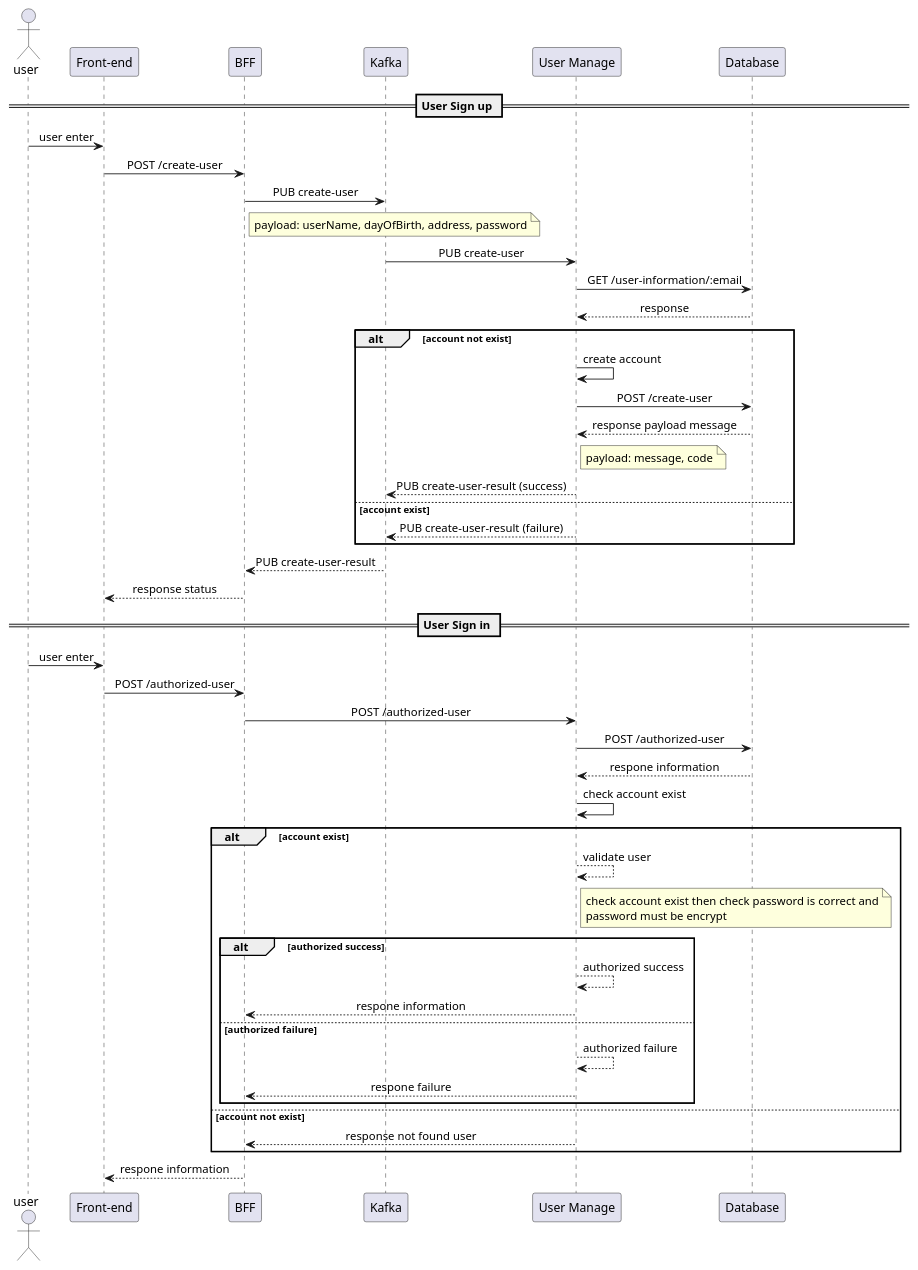
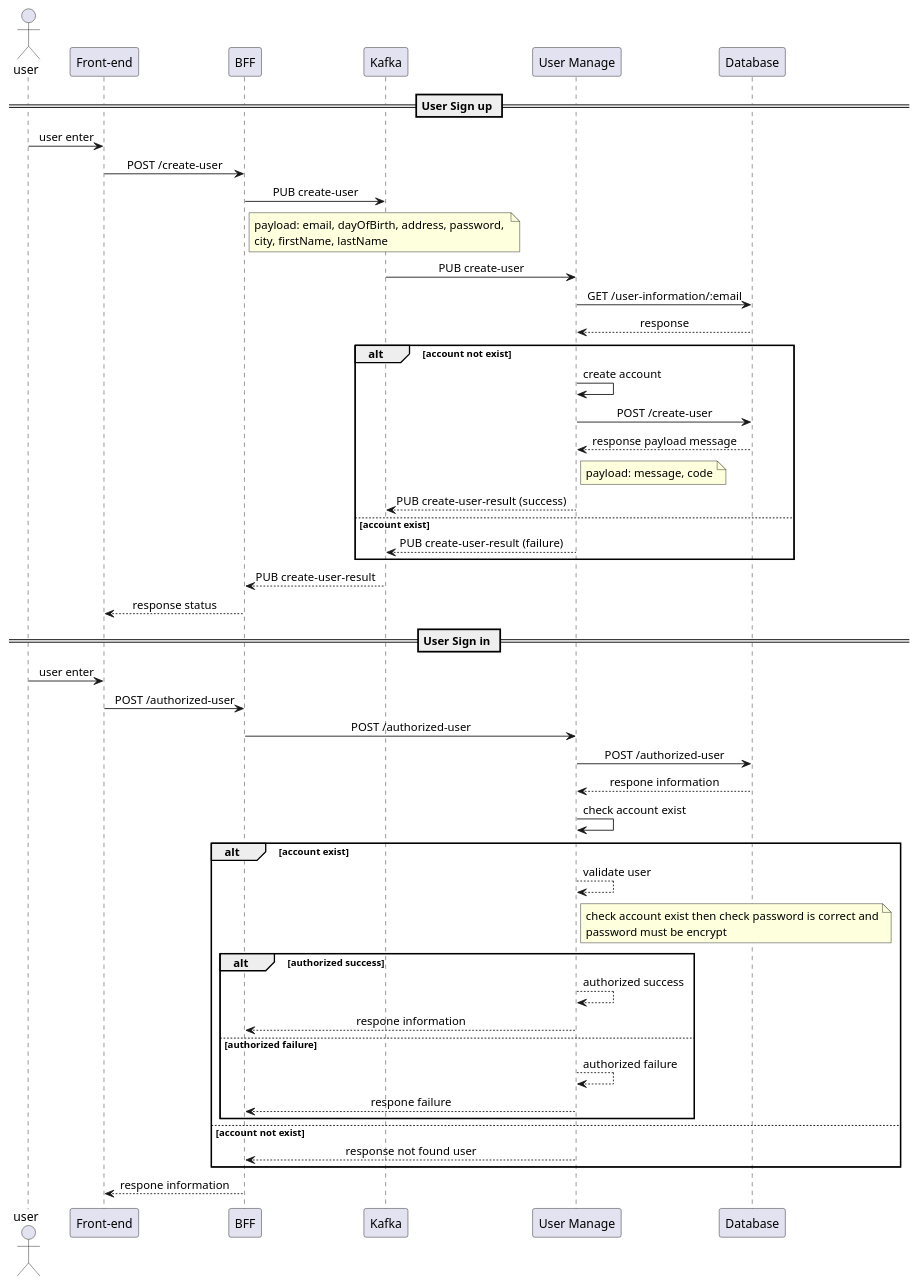
Before and after one commit to room-chat/docs: the diagram in umls-docs/user.plantuml, drawn with PlantUML. The commit also changed 2 other files, not shown here.

```diff
--- a/umls-docs/user.plantuml
+++ b/umls-docs/user.plantuml
@@ -1,64 +1,65 @@
 @startuml User-Authentication
 
 skinparam SequenceMessageAlignment center
 
 actor user
 participant "Front-end" as frontEnd
 participant BFF as bff
 participant Kafka as kafka
 participant "User Manage" as userManage
 participant Database as database
 
 == User Sign up ==
 user -> frontEnd : user enter
 frontEnd -> bff :  POST /create-user
 bff -> kafka: PUB create-user
 note right of bff
-    payload: userName, dayOfBirth, address, password
+    payload: email, dayOfBirth, address, password, 
+    city, firstName, lastName
 end note
 kafka -> userManage: PUB create-user
 userManage -> database: GET /user-information/:email
 database ---> userManage: response 
 alt account not exist
     userManage -> userManage: create account
     userManage -> database: POST /create-user
     "database" ---> userManage: response payload message
     note right of userManage
         payload: message, code
     end note 
     userManage ---> kafka: PUB create-user-result (success)
 else account exist
     userManage ---> kafka: PUB create-user-result (failure)
 end
 kafka ---> bff: PUB create-user-result
 bff --> frontEnd: response status
 
 == User Sign in ==
 user -> frontEnd : user enter
 frontEnd -> bff :  POST /authorized-user
 bff -> userManage: POST /authorized-user
 userManage -> database: POST /authorized-user
 database --> userManage : respone information
 userManage -> userManage: check account exist
 alt account exist
 userManage ---> userManage: validate user
 note right of userManage 
     check account exist then check password is correct and
     password must be encrypt
 end note
 
 alt authorized success
     userManage ---> userManage: authorized success
     userManage ---> bff: respone information
 else authorized failure
     userManage ---> userManage: authorized failure
     userManage ---> bff: respone failure
 end
 else account not exist
 userManage ---> bff: response not found user
 end
 
 bff --> frontEnd :  respone information
 
 
 @enduml
```
